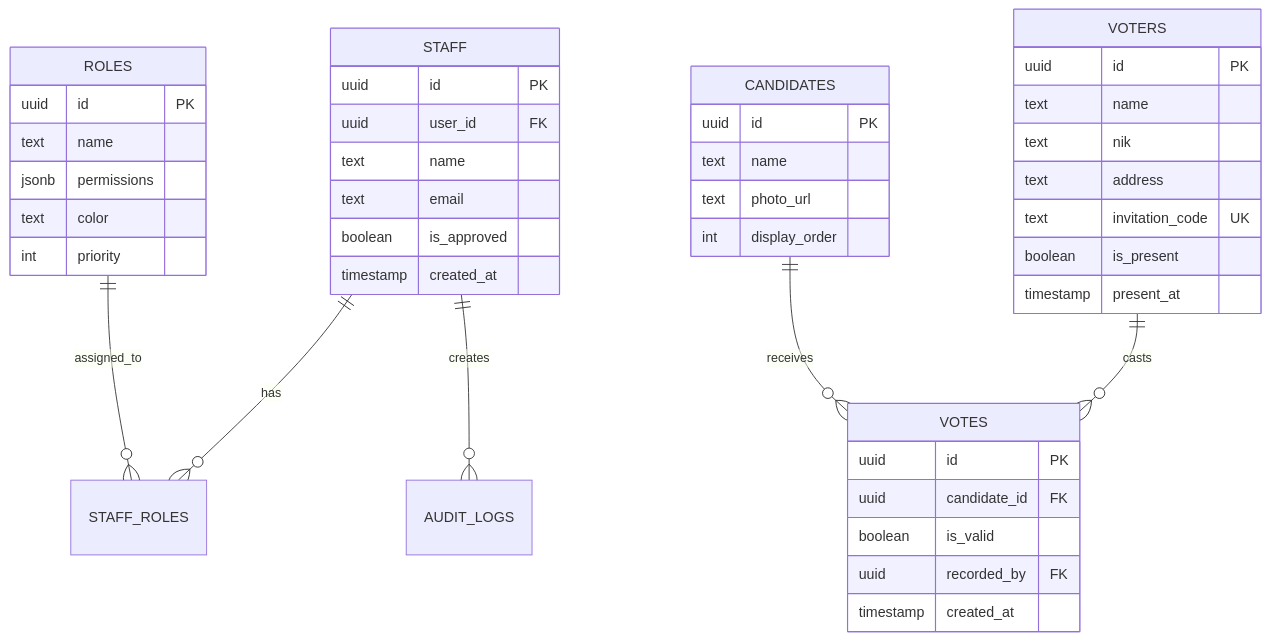
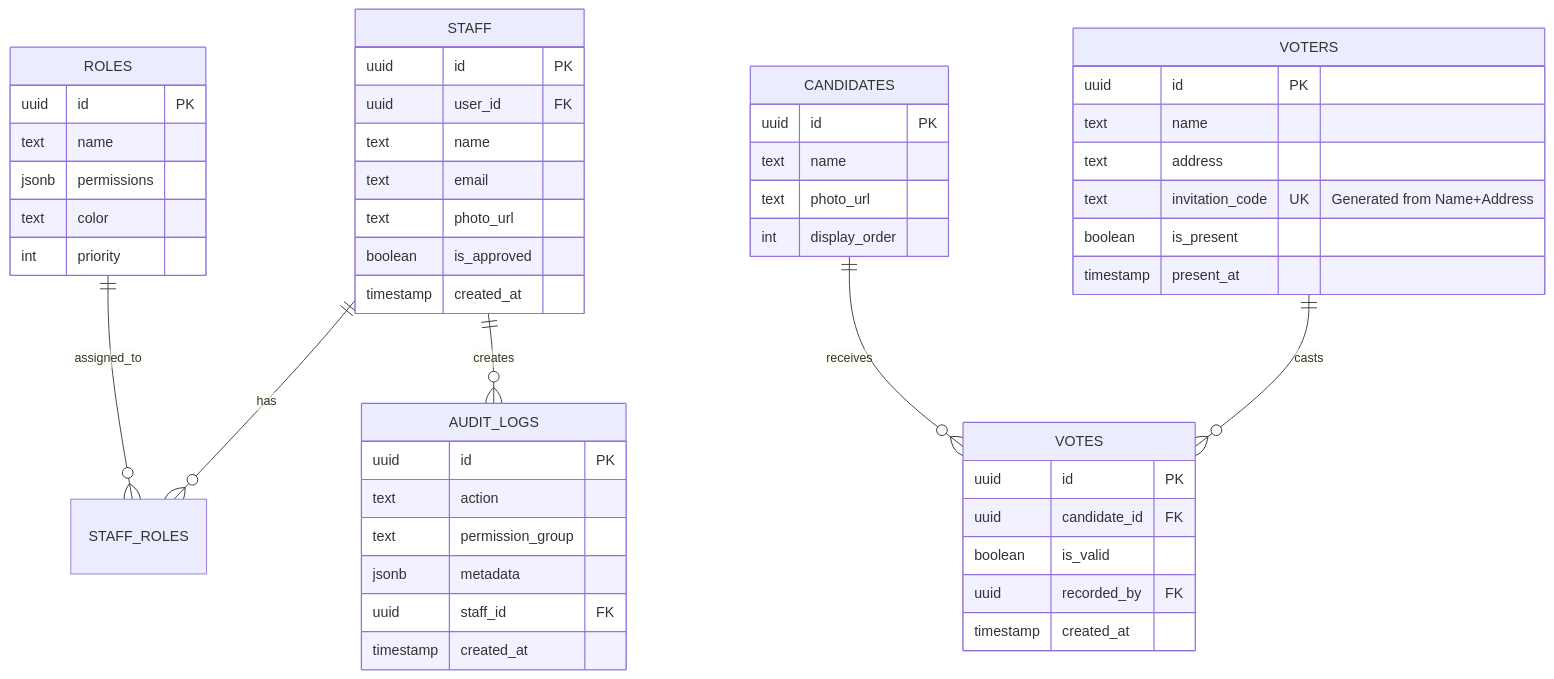
One commit to ashvinlabs/APRT2026 changed the diagram in DOCUMENTATION.md. Above: the diagram before and after it, drawn with Mermaid. The commit also changed other lines of this file and 10 other files, not shown here.

Commit message:
feat: Implement 5-Role System, Audit Logging, and Invitation Updates

````diff
--- a/DOCUMENTATION.md
+++ b/DOCUMENTATION.md
@@ -110,50 +106,59 @@
 ```mermaid
 erDiagram
     STAFF ||--o{ STAFF_ROLES : has
     ROLES ||--o{ STAFF_ROLES : assigned_to
     STAFF ||--o{ AUDIT_LOGS : creates
     VOTERS ||--o{ VOTES : casts
     CANDIDATES ||--o{ VOTES : receives
     
     STAFF {
         uuid id PK
         uuid user_id FK
         text name
         text email
+        text photo_url
         boolean is_approved
         timestamp created_at
     }
     
     ROLES {
         uuid id PK
         text name
         jsonb permissions
         text color
         int priority
     }
     
     VOTERS {
         uuid id PK
         text name
-        text nik
         text address
-        text invitation_code UK
+        text invitation_code UK "Generated from Name+Address"
         boolean is_present
         timestamp present_at
     }
     
     CANDIDATES {
         uuid id PK
         text name
         text photo_url
         int display_order
     }
     
     VOTES {
         uuid id PK
         uuid candidate_id FK
         boolean is_valid
         uuid recorded_by FK
         timestamp created_at
     }
+    
+    AUDIT_LOGS {
+        uuid id PK
+        text action
+        text permission_group
+        jsonb metadata
+        uuid staff_id FK
+        timestamp created_at
+    }
 ```
````
